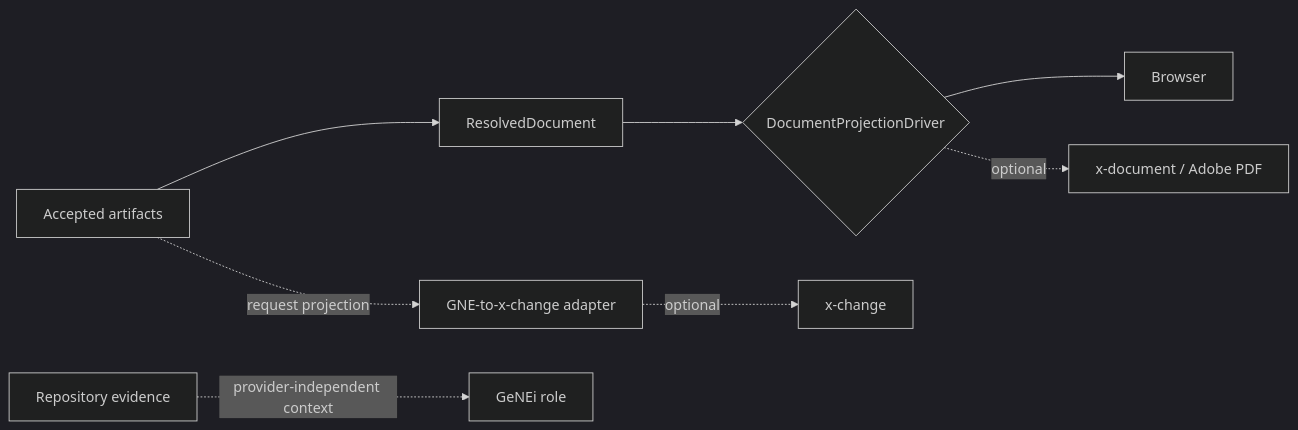
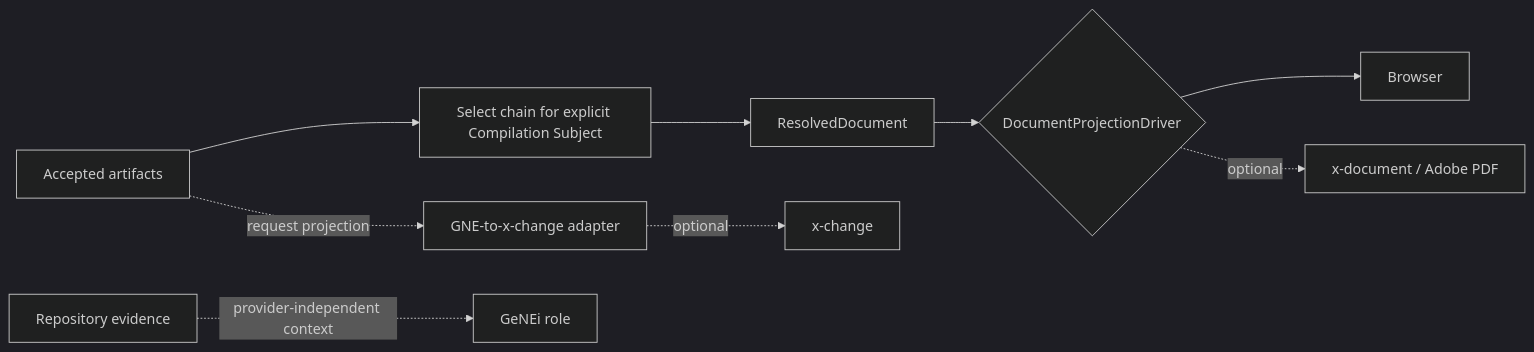
The second of 2 diagrams in ARCHITECTURE.md (3neti/gne), drawn with Mermaid (dark theme) before and after one commit. The commit also changed other lines of this file and 44 other files, not shown here.

Commit message:
feat: add explicit compilation subject selection

````diff
--- a/ARCHITECTURE.md
+++ b/ARCHITECTURE.md
@@ -26,10 +26,11 @@
 ```mermaid
 flowchart LR
-  A[Accepted artifacts] --> R[ResolvedDocument]
+  A[Accepted artifacts] --> S[Select chain for explicit Compilation Subject]
+  S --> R[ResolvedDocument]
   R --> D{DocumentProjectionDriver}
   D --> B[Browser]
   D -. optional .-> P[x-document / Adobe PDF]
   A -. request projection .-> X[GNE-to-x-change adapter]
   X -. optional .-> XC[x-change]
   E[Repository evidence] -. provider-independent context .-> G[GeNEi role]
 ```
````
